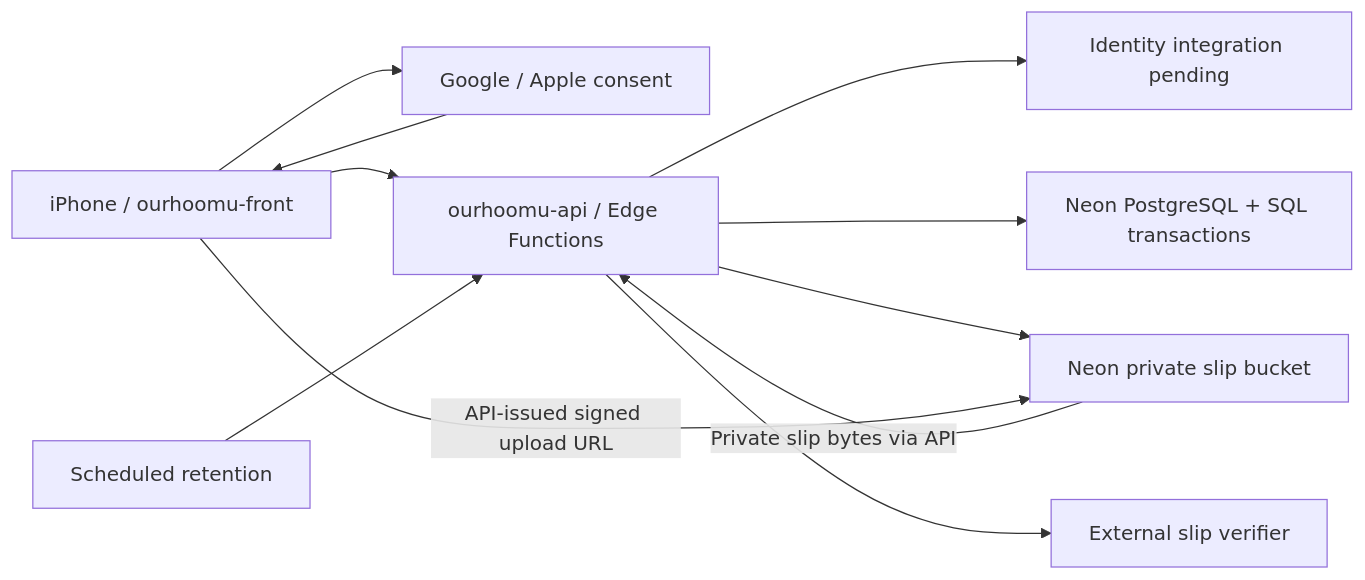
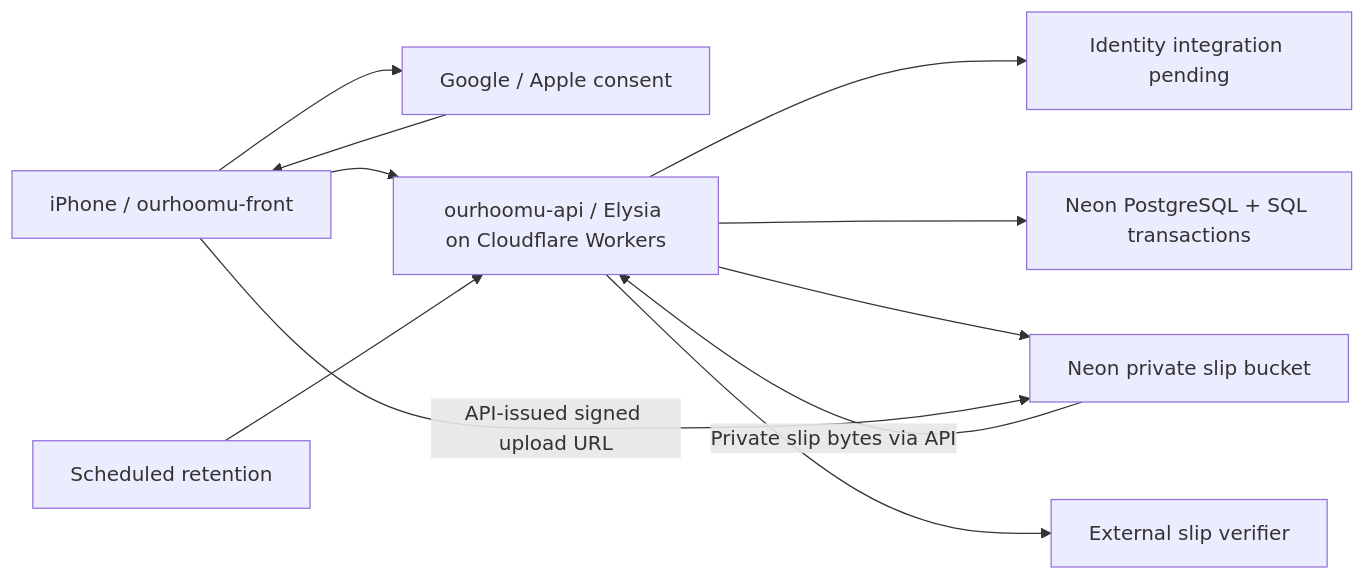
One commit to lomanotfish/ourhoomu changed the diagram in docs/project/architecture.md. Above: the diagram before and after it, drawn with Mermaid. The commit also changed other lines of this file and 14 other files, not shown here.

````diff
--- a/docs/project/architecture.md
+++ b/docs/project/architecture.md
@@ -26,13 +29,13 @@
 ```mermaid
 flowchart LR
   User[iPhone / ourhoomu-front] --> Native[Google / Apple consent]
   Native --> User
-  User --> API[ourhoomu-api / Edge Functions]
+  User --> API[ourhoomu-api / Elysia on Cloudflare Workers]
   API --> Auth[Identity integration pending]
   API --> DB[Neon PostgreSQL + SQL transactions]
   API --> Store[Neon private slip bucket]
   User -->|API-issued signed upload URL| Store
   Store -->|Private slip bytes via API| API
   API --> Provider[External slip verifier]
   Cron[Scheduled retention] --> API
 ```
````
